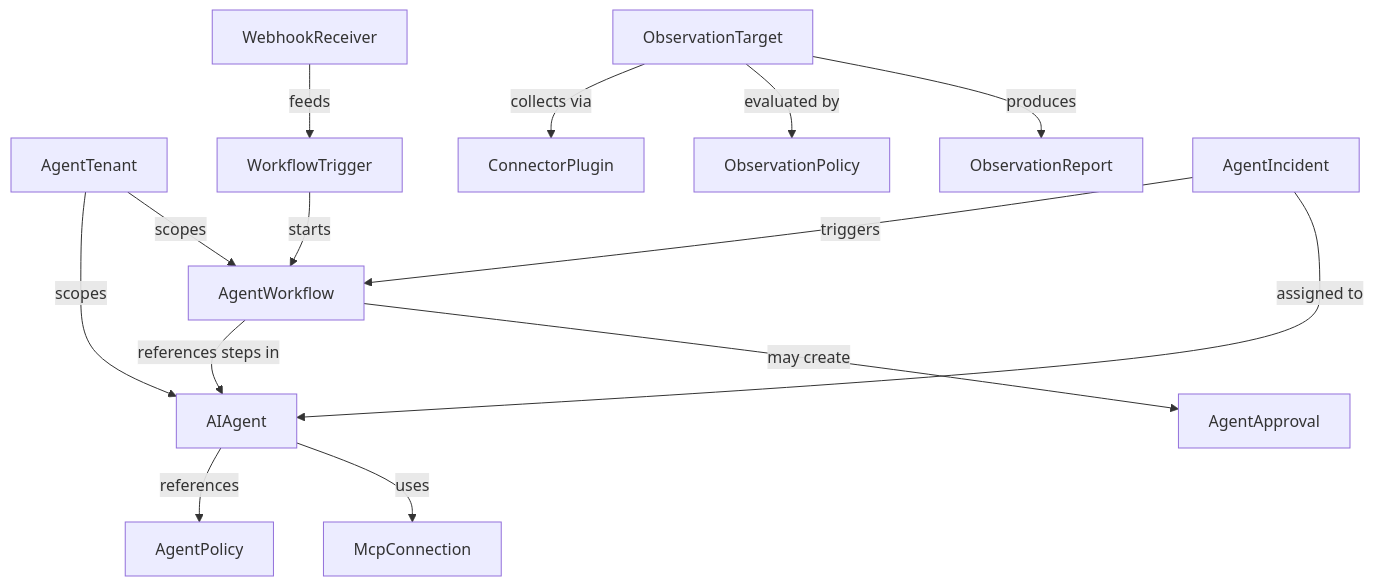
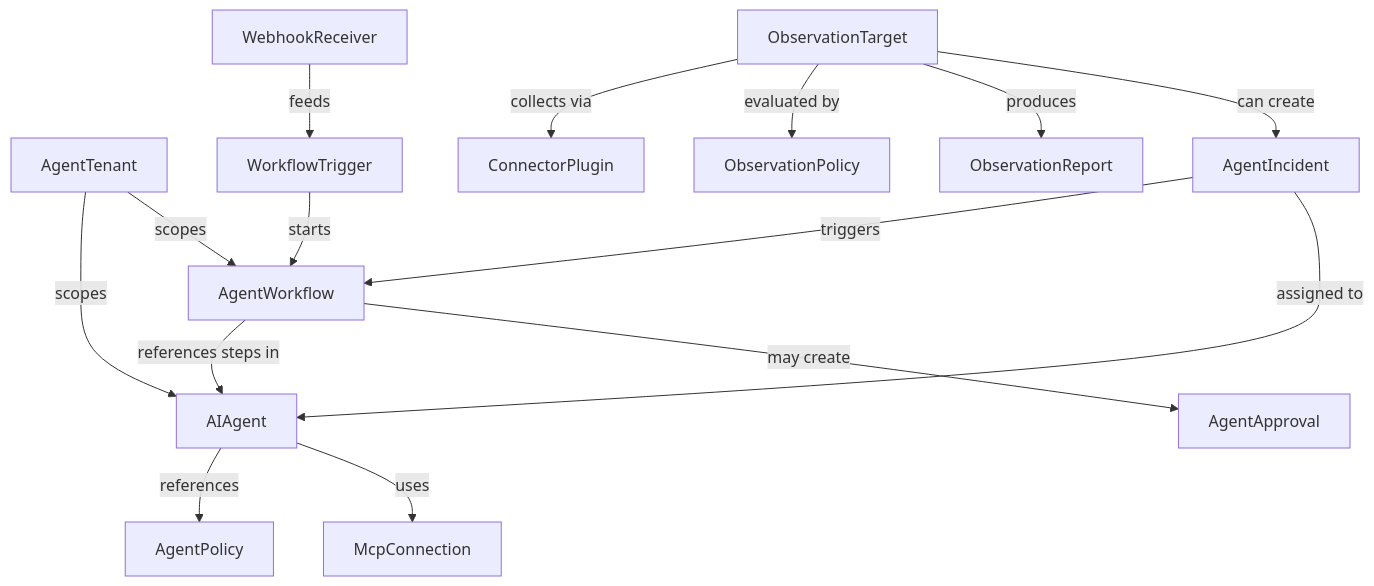
One commit to ykbytes/kubesynapse.ai changed the sixth of 6 diagrams in docs/architecture.md. Above: the diagram before and after it, drawn with Mermaid. The commit also changed other lines of this file and 9 other files, not shown here.

````diff
--- a/docs/architecture.md
+++ b/docs/architecture.md
@@ -355,30 +359,31 @@
 ```mermaid
 flowchart TB
     AG[AIAgent]
     AP[AgentPolicy]
     AA[AgentApproval]
     AW[AgentWorkflow]
     AT[AgentTenant]
     MC[McpConnection]
     WR[WebhookReceiver]
     WT[WorkflowTrigger]
     CP[ConnectorPlugin]
     OT[ObservationTarget]
     OP[ObservationPolicy]
     OR[ObservationReport]
     AI[AgentIncident]
 
     AG -->|references| AP
     AG -->|uses| MC
     AW -->|references steps in| AG
     AW -->|may create| AA
     WT -->|starts| AW
     WR -->|feeds| WT
     AT -->|scopes| AG
     AT -->|scopes| AW
     OT -->|collects via| CP
     OT -->|evaluated by| OP
     OT -->|produces| OR
     AI -->|triggers| AW
     AI -->|assigned to| AG
+    OT -->|can create| AI
 ```
````
